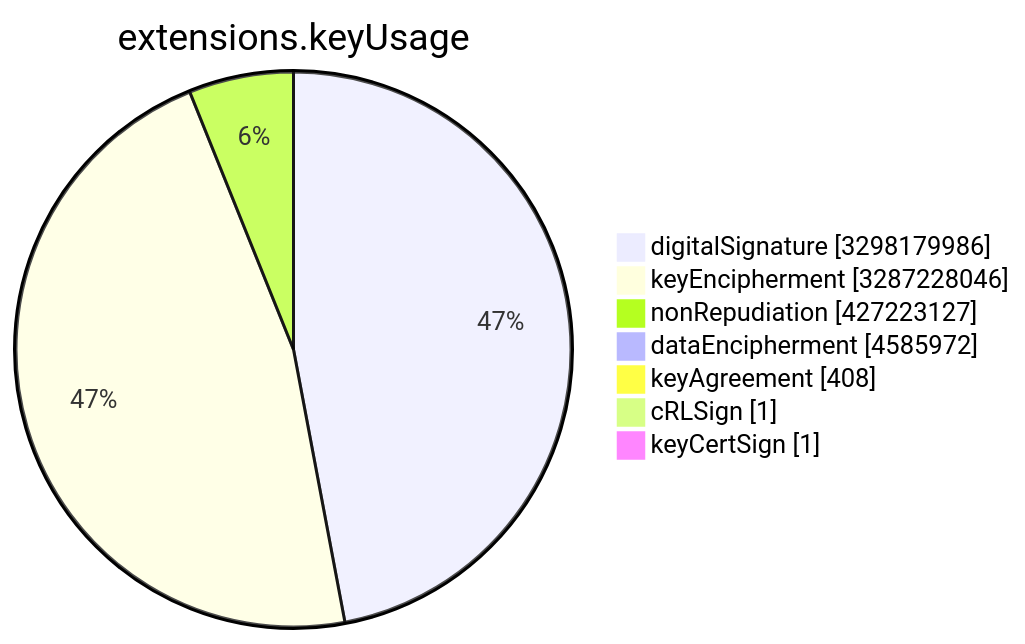
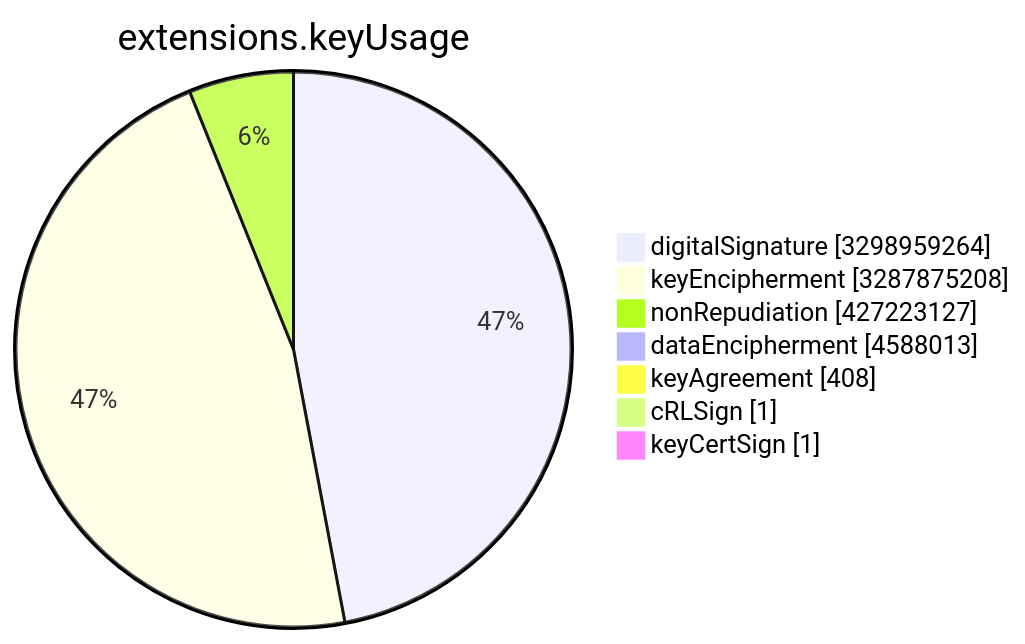
One commit to christiankrug/ctmonitor_visualization changed the sixth of 15 diagrams in TOTAL/README.md. Above: the diagram before and after it, drawn with Mermaid. The commit also changed other lines of this file, not shown here.

````diff
--- a/TOTAL/README.md
+++ b/TOTAL/README.md
@@ -3078,11 +3078,11 @@
 ```mermaid
 pie showData
 title extensions.keyUsage
-"digitalSignature" :3298179986
-"keyEncipherment" :3287228046
+"digitalSignature" :3298959264
+"keyEncipherment" :3287875208
 "nonRepudiation" :427223127
-"dataEncipherment" :4585972
+"dataEncipherment" :4588013
 "keyAgreement" :408
 "cRLSign" :1
 "keyCertSign" :1
 ```
````
